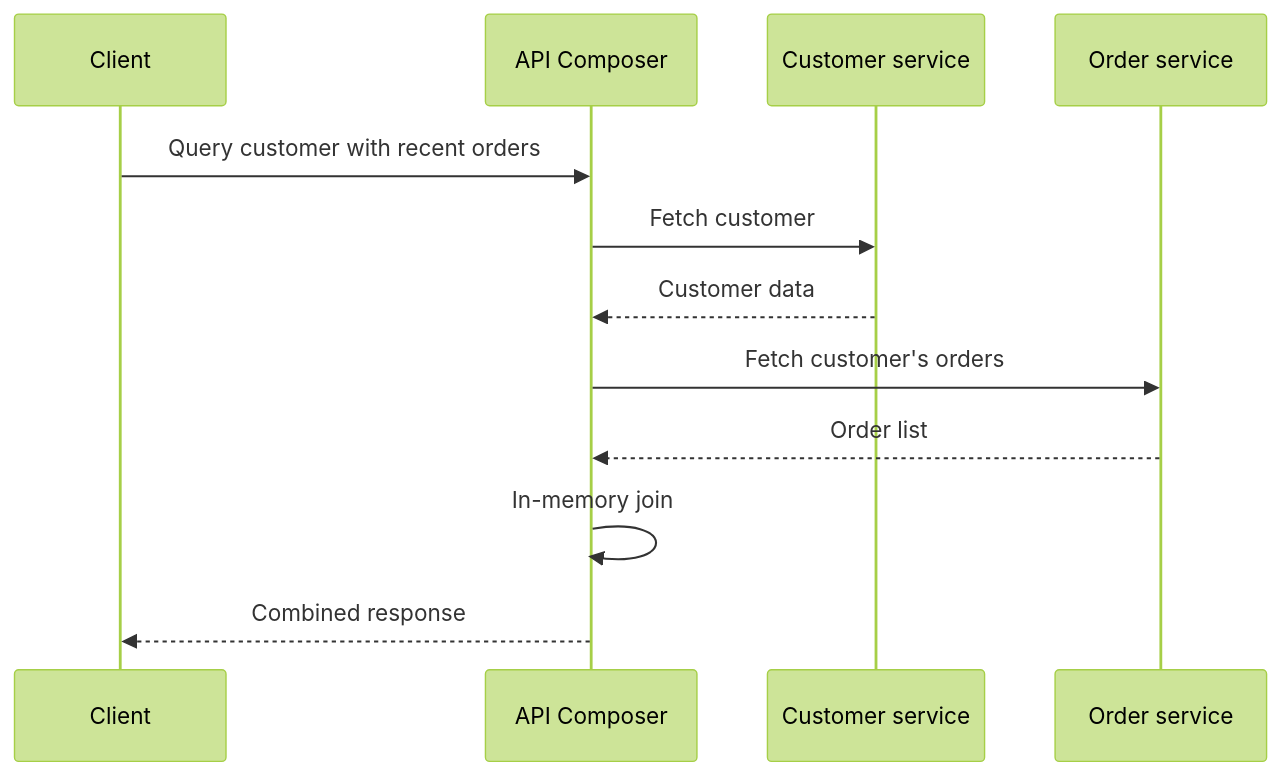
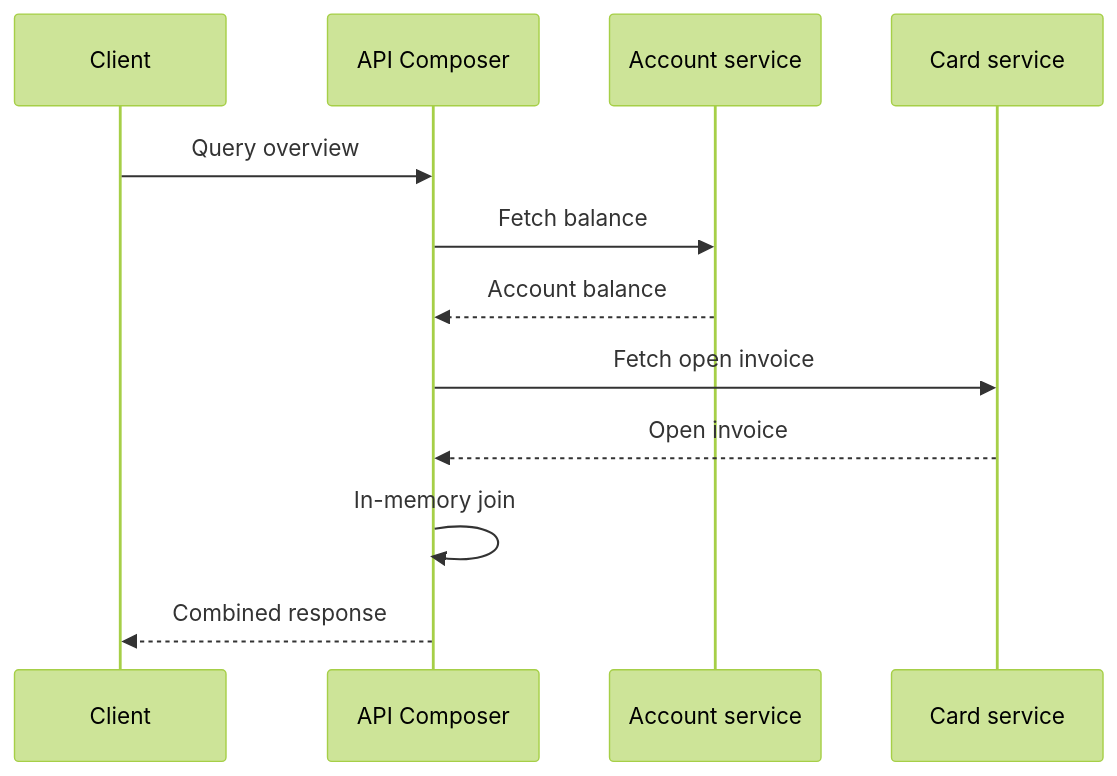
The diagram in i18n/en/docusaurus-plugin-content-docs/current/architecture/microservices/service-collaboration/api-composition.md (alancesar/design-patterns), drawn with Mermaid (forest theme) before and after one commit. The commit also changed other lines of this file and 27 other files, not shown here.

Commit message:
Switch microservices concrete diagrams to fintech scenarios

````diff
--- a/i18n/en/docusaurus-plugin-content-docs/current/architecture/microservices/service-collaboration/api-composition.md
+++ b/i18n/en/docusaurus-plugin-content-docs/current/architecture/microservices/service-collaboration/api-composition.md
@@ -54,14 +54,14 @@
 ```mermaid
 sequenceDiagram
     participant C as Client
     participant A as API Composer
-    participant CS as Customer service
-    participant OS as Order service
-    C->>A: Query customer with recent orders
-    A->>CS: Fetch customer
-    CS-->>A: Customer data
-    A->>OS: Fetch customer's orders
-    OS-->>A: Order list
+    participant ACC as Account service
+    participant CS as Card service
+    C->>A: Query overview
+    A->>ACC: Fetch balance
+    ACC-->>A: Account balance
+    A->>CS: Fetch open invoice
+    CS-->>A: Open invoice
     A->>A: In-memory join
     A-->>C: Combined response
 ```
````
